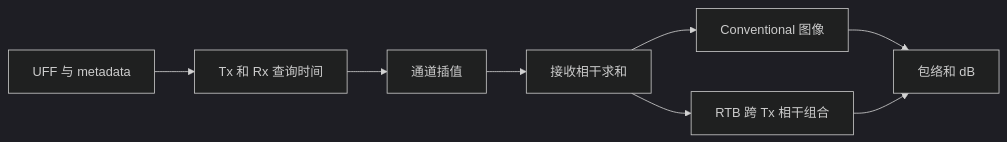
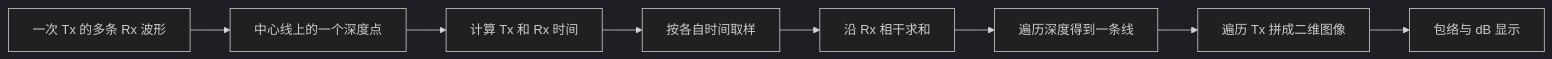
Before and after one commit to ajairDD/Ultrasound_Beamforming_Learning: the first of 2 diagrams in chapters/01_DAS_Real_UFF/README.md, drawn with Mermaid (dark theme). The commit also changed other lines of this file and 2 other files, not shown here.

```diff
--- a/chapters/01_DAS_Real_UFF/README.md
+++ b/chapters/01_DAS_Real_UFF/README.md
@@ -55,10 +109,10 @@
 ~~~mermaid
 flowchart LR
-    A[UFF 与 metadata] --> B[Tx 和 Rx 查询时间]
-    B --> C[通道插值]
-    C --> D[接收相干求和]
-    D --> E[Conventional 图像]
-    D --> F[RTB 跨 Tx 相干组合]
-    E --> G[包络和 dB]
-    F --> G
+    A[一次 Tx 的多条 Rx 波形] --> B[中心线上的一个深度点]
+    B --> C[计算 Tx 和 Rx 时间]
+    C --> D[按各自时间取样]
+    D --> E[沿 Rx 相干求和]
+    E --> F[遍历深度得到一条线]
+    F --> G[遍历 Tx 拼成二维图像]
+    G --> H[包络与 dB 显示]
 ~~~
```
